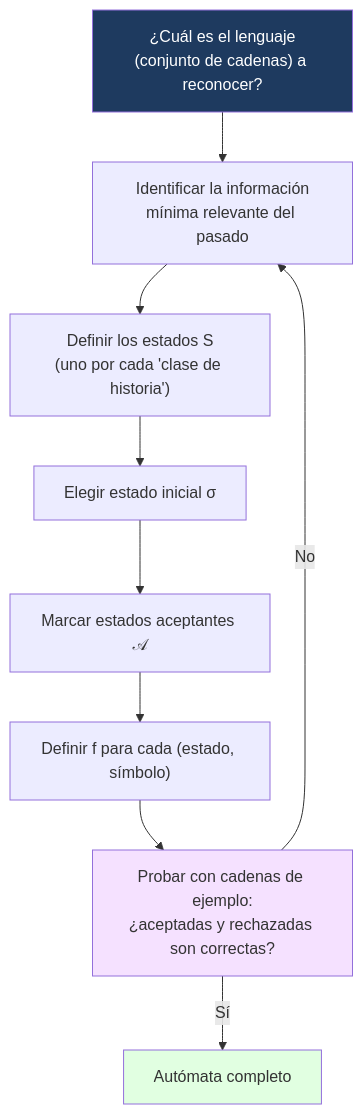
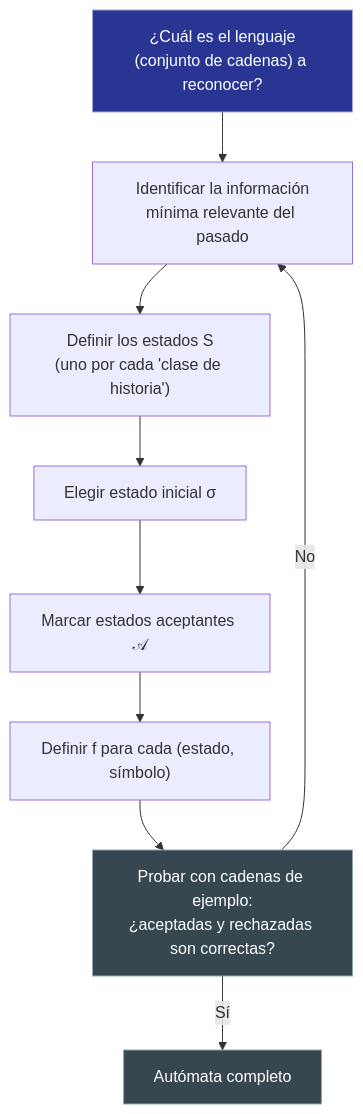
One commit to Fsteven22/Notas-ESPOL changed the diagram in src/site/notes/Universidad/3er Semestre/Matemáticas Discretas/Unidad 6 - Lenguajes y Autómatas/02 - Autómatas de Estado Finito - Diseño y Aceptación de Cadenas.md. Above: the diagram before and after it, drawn with Mermaid. The commit also changed other lines of this file and 79 other files, not shown here.

````diff
--- a/src/site/notes/Universidad/3er Semestre/Matemáticas Discretas/Unidad 6 - Lenguajes y Autómatas/02 - Autómatas de Estado Finito - Diseño y Aceptación de Cadenas.md
+++ b/src/site/notes/Universidad/3er Semestre/Matemáticas Discretas/Unidad 6 - Lenguajes y Autómatas/02 - Autómatas de Estado Finito - Diseño y Aceptación de Cadenas.md
@@ -232,14 +232,14 @@
 ```mermaid
 graph TD
     A["¿Cuál es el lenguaje<br/>(conjunto de cadenas) a reconocer?"] --> B["Identificar la información<br/>mínima relevante del pasado"]
     B --> C["Definir los estados S<br/>(uno por cada 'clase de historia')"]
     C --> D["Elegir estado inicial σ"]
     D --> E["Marcar estados aceptantes 𝒜"]
     E --> F["Definir f para cada (estado, símbolo)"]
     F --> G["Probar con cadenas de ejemplo:<br/>¿aceptadas y rechazadas son correctas?"]
     G -->|"No"| B
     G -->|"Sí"| H["Autómata completo"]
-    style A fill:#1e3a5f,color:#fff
-    style H fill:#e1ffe1
-    style G fill:#f5e1ff
+    style A fill:#283593,color:#FFFFFF,stroke:#9FA8DA,stroke-width:1px
+    style H fill:#37474F,color:#FFFFFF,stroke:#90A4AE,stroke-width:1px
+    style G fill:#37474F,color:#FFFFFF,stroke:#90A4AE,stroke-width:1px
 ```
````
